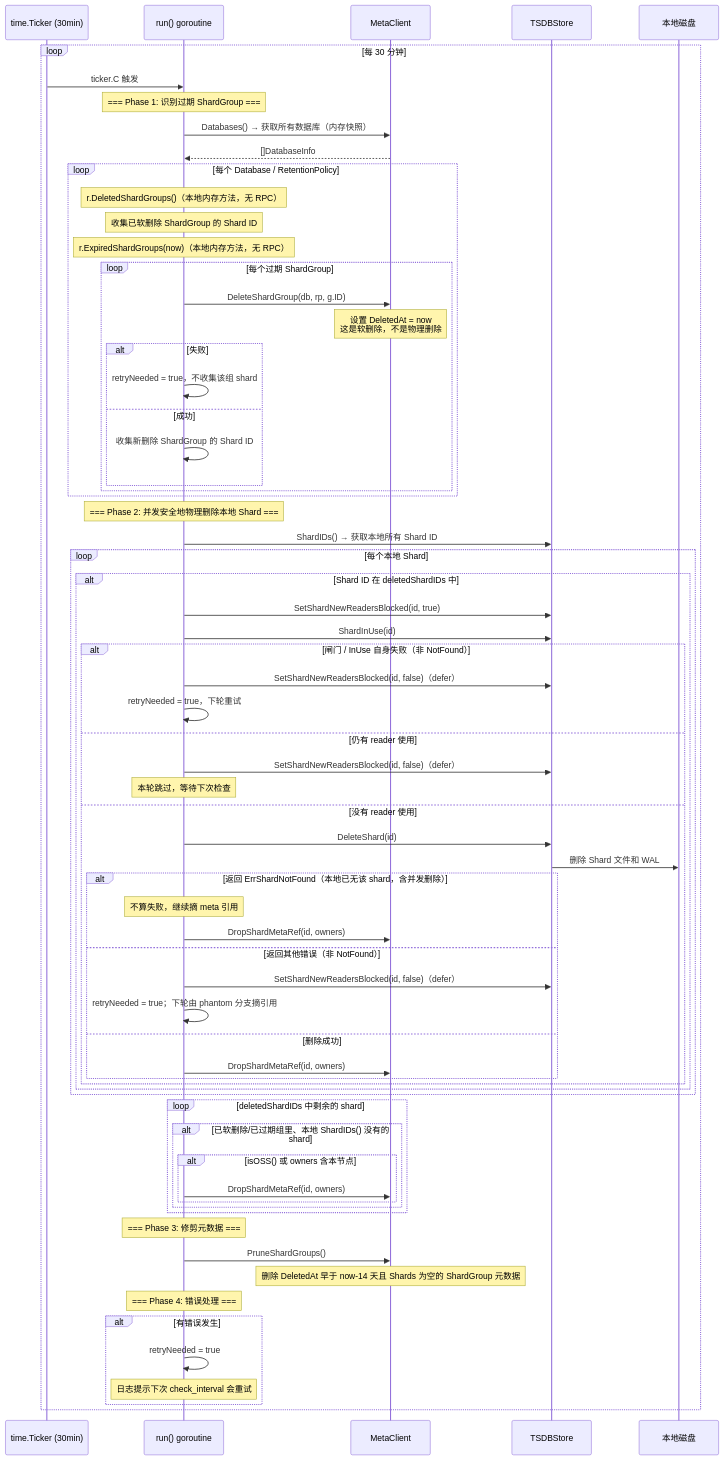
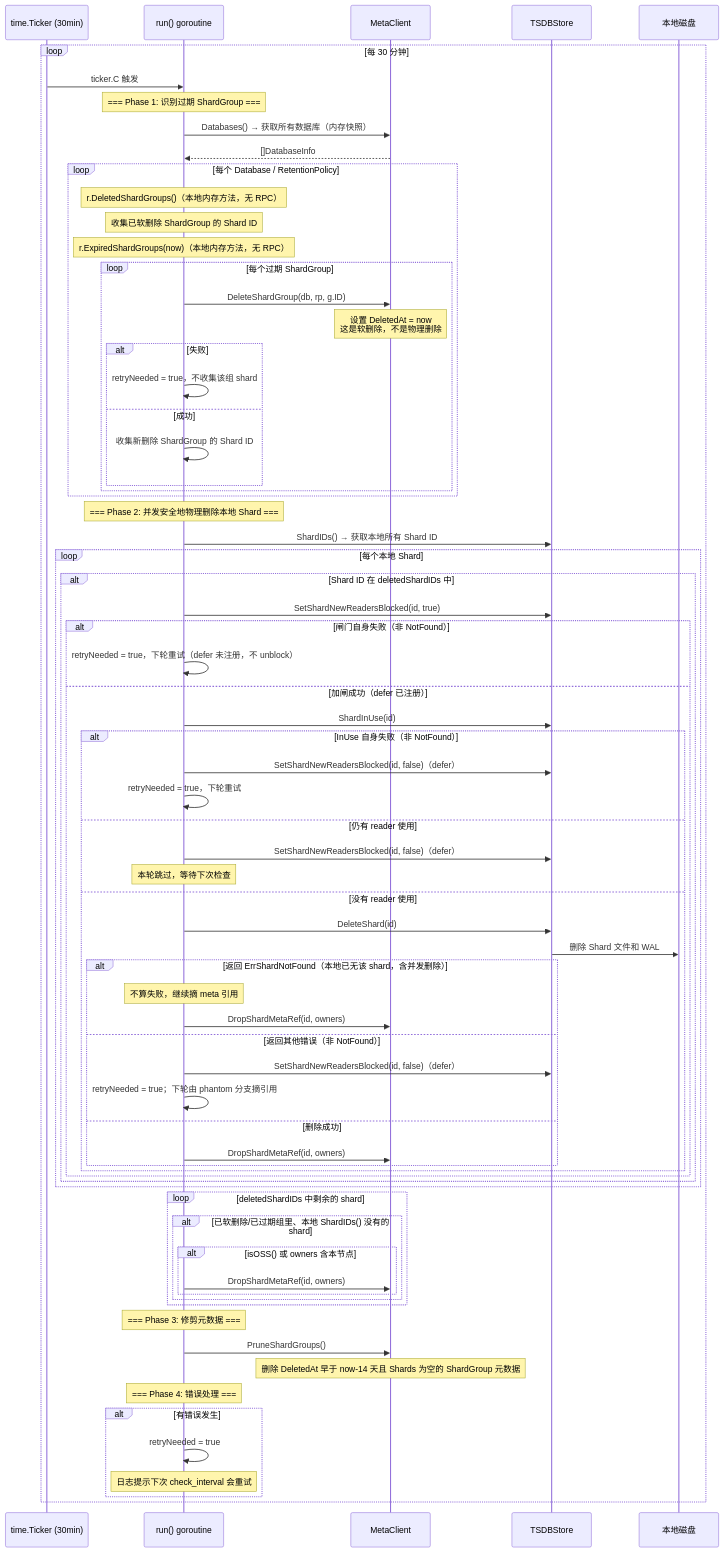
One commit to stefanv5/influxdb changed the fifth of 17 diagrams in docs/specs/12_background_services_spec.md. Above: the diagram before and after it, drawn with Mermaid. The commit also changed other lines of this file and 16 other files, not shown here.

````diff
--- a/docs/specs/12_background_services_spec.md
+++ b/docs/specs/12_background_services_spec.md
@@ -315,75 +315,79 @@
 ```mermaid
 sequenceDiagram
     participant Ticker as time.Ticker (30min)
     participant Run as run() goroutine
     participant Meta as MetaClient
     participant TSDB as TSDBStore
     participant Disk as 本地磁盘
 
     loop 每 30 分钟
         Ticker->>Run: ticker.C 触发
 
         Note over Run: === Phase 1: 识别过期 ShardGroup ===
         Run->>Meta: Databases() → 获取所有数据库（内存快照）
         Meta-->>Run: []DatabaseInfo
         loop 每个 Database / RetentionPolicy
             Note over Run: r.DeletedShardGroups()（本地内存方法，无 RPC）
             Note over Run: 收集已软删除 ShardGroup 的 Shard ID
             Note over Run: r.ExpiredShardGroups(now)（本地内存方法，无 RPC）
             loop 每个过期 ShardGroup
                 Run->>Meta: DeleteShardGroup(db, rp, g.ID)
                 Note over Meta: 设置 DeletedAt = now<br/>这是软删除，不是物理删除
                 alt 失败
                     Run->>Run: retryNeeded = true，不收集该组 shard
                 else 成功
                     Run->>Run: 收集新删除 ShardGroup 的 Shard ID
                 end
             end
         end
 
         Note over Run: === Phase 2: 并发安全地物理删除本地 Shard ===
         Run->>TSDB: ShardIDs() → 获取本地所有 Shard ID
         loop 每个本地 Shard
             alt Shard ID 在 deletedShardIDs 中
                 Run->>TSDB: SetShardNewReadersBlocked(id, true)
-                Run->>TSDB: ShardInUse(id)
-                alt 闸门 / InUse 自身失败（非 NotFound）
-                    Run->>TSDB: SetShardNewReadersBlocked(id, false)（defer）
-                    Run->>Run: retryNeeded = true，下轮重试
-                else 仍有 reader 使用
-                    Run->>TSDB: SetShardNewReadersBlocked(id, false)（defer）
-                    Note over Run: 本轮跳过，等待下次检查
-                else 没有 reader 使用
-                    Run->>TSDB: DeleteShard(id)
-                    TSDB->>Disk: 删除 Shard 文件和 WAL
-                    alt 返回 ErrShardNotFound（本地已无该 shard，含并发删除）
-                        Note over Run: 不算失败，继续摘 meta 引用
-                        Run->>Meta: DropShardMetaRef(id, owners)
-                    else 返回其他错误（非 NotFound）
+                alt 闸门自身失败（非 NotFound）
+                    Run->>Run: retryNeeded = true，下轮重试（defer 未注册，不 unblock）
+                else 加闸成功（defer 已注册）
+                    Run->>TSDB: ShardInUse(id)
+                    alt InUse 自身失败（非 NotFound）
                         Run->>TSDB: SetShardNewReadersBlocked(id, false)（defer）
-                        Run->>Run: retryNeeded = true；下轮由 phantom 分支摘引用
-                    else 删除成功
-                        Run->>Meta: DropShardMetaRef(id, owners)
+                        Run->>Run: retryNeeded = true，下轮重试
+                    else 仍有 reader 使用
+                        Run->>TSDB: SetShardNewReadersBlocked(id, false)（defer）
+                        Note over Run: 本轮跳过，等待下次检查
+                    else 没有 reader 使用
+                        Run->>TSDB: DeleteShard(id)
+                        TSDB->>Disk: 删除 Shard 文件和 WAL
+                        alt 返回 ErrShardNotFound（本地已无该 shard，含并发删除）
+                            Note over Run: 不算失败，继续摘 meta 引用
+                            Run->>Meta: DropShardMetaRef(id, owners)
+                        else 返回其他错误（非 NotFound）
+                            Run->>TSDB: SetShardNewReadersBlocked(id, false)（defer）
+                            Run->>Run: retryNeeded = true；下轮由 phantom 分支摘引用
+                        else 删除成功
+                            Run->>Meta: DropShardMetaRef(id, owners)
+                        end
                     end
                 end
             end
         end
         loop deletedShardIDs 中剩余的 shard
             alt 已软删除/已过期组里、本地 ShardIDs() 没有的 shard
                 alt isOSS() 或 owners 含本节点
                     Run->>Meta: DropShardMetaRef(id, owners)
                 end
             end
         end
 
         Note over Run: === Phase 3: 修剪元数据 ===
         Run->>Meta: PruneShardGroups()
         Note over Meta: 删除 DeletedAt 早于 now-14 天且 Shards 为空的 ShardGroup 元数据
 
         Note over Run: === Phase 4: 错误处理 ===
         alt 有错误发生
             Run->>Run: retryNeeded = true
             Note over Run: 日志提示下次 check_interval 会重试
         end
     end
 ```
````
